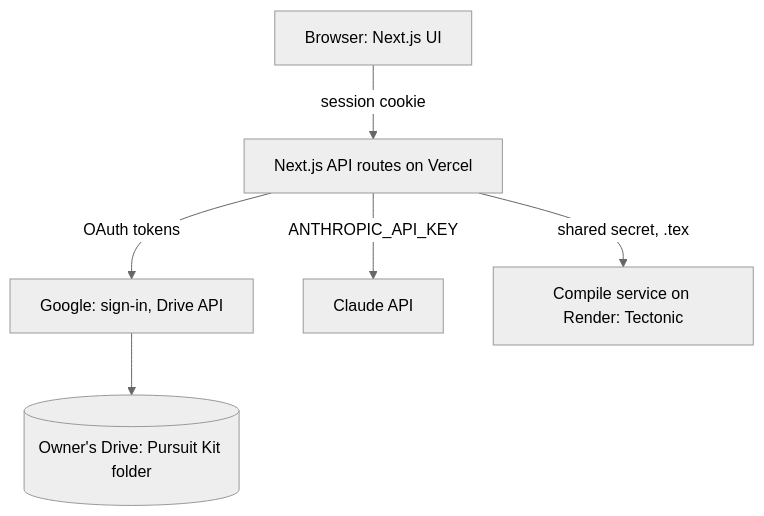
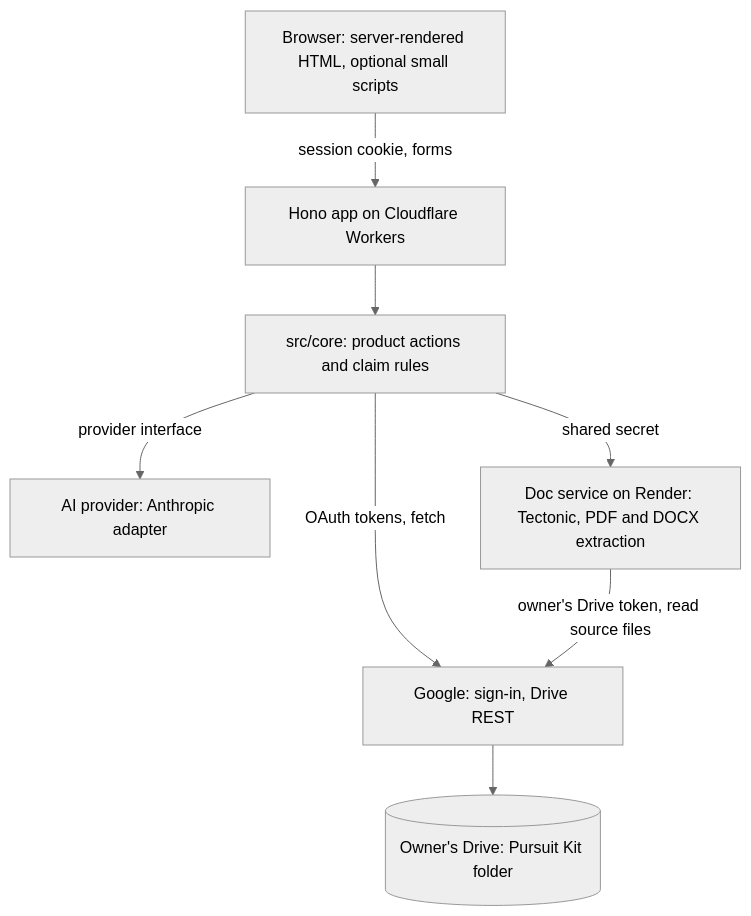
One commit to KshitijV97/pursuit-kit changed the second of 6 diagrams in docs/plans/2026-11-18-1641-feat-pursuit-kit-mvp-plan.md. Above: the diagram before and after it, drawn with Mermaid (neutral theme). The commit also changed other lines of this file and 13 other files, not shown here.

````diff
--- a/docs/plans/2026-11-18-1641-feat-pursuit-kit-mvp-plan.md
+++ b/docs/plans/2026-11-18-1641-feat-pursuit-kit-mvp-plan.md
@@ -235,8 +380,10 @@
 ```mermaid
 flowchart TB
-  B[Browser: Next.js UI] -->|session cookie| API[Next.js API routes on Vercel]
-  API -->|OAuth tokens| G[Google: sign-in, Drive API]
-  API -->|ANTHROPIC_API_KEY| C[Claude API]
-  API -->|shared secret, .tex| T[Compile service on Render: Tectonic]
+  B[Browser: server-rendered HTML, optional small scripts] -->|session cookie, forms| W[Hono app on Cloudflare Workers]
+  W --> CORE[src/core: product actions and claim rules]
+  CORE -->|OAuth tokens, fetch| G[Google: sign-in, Drive REST]
+  CORE -->|provider interface| AI[AI provider: Anthropic adapter]
+  CORE -->|shared secret| DS[Doc service on Render: Tectonic, PDF and DOCX extraction]
+  DS -->|owner's Drive token, read source files| G
   G --> D[(Owner's Drive: Pursuit Kit folder)]
 ```
````
